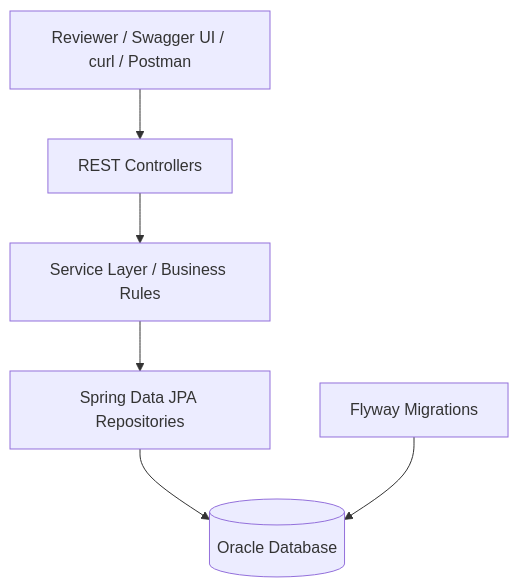
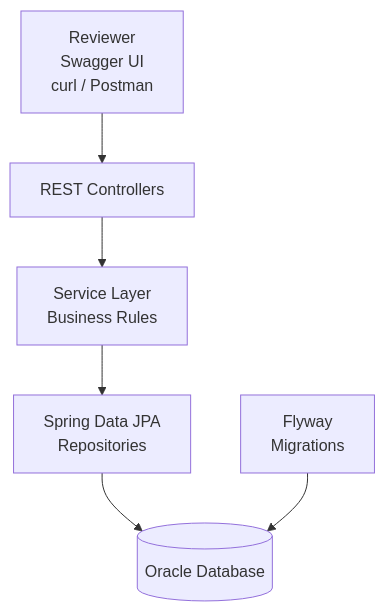
One commit to Punschkrapferl/oracle-procurement-demo changed the first of 2 diagrams in README.md. Above: the diagram before and after it, drawn with Mermaid. The commit also changed other lines of this file, not shown here.

````diff
--- a/README.md
+++ b/README.md
@@ -72,15 +75,15 @@
 ```mermaid
 flowchart TD
-    Client[Reviewer / Swagger UI / curl / Postman]
-    Controller[REST Controllers]
-    Service[Service Layer / Business Rules]
-    Repository[Spring Data JPA Repositories]
-    Flyway[Flyway Migrations]
-    DB[(Oracle Database)]
+    A["Reviewer<br/>Swagger UI<br/>curl / Postman"]
+    B["REST Controllers"]
+    C["Service Layer<br/>Business Rules"]
+    D["Spring Data JPA<br/>Repositories"]
+    E["Flyway<br/>Migrations"]
+    F[("Oracle Database")]
 
-    Client --> Controller
-    Controller --> Service
-    Service --> Repository
-    Repository --> DB
-    Flyway --> DB
+    A --> B
+    B --> C
+    C --> D
+    D --> F
+    E --> F
 ```
````
